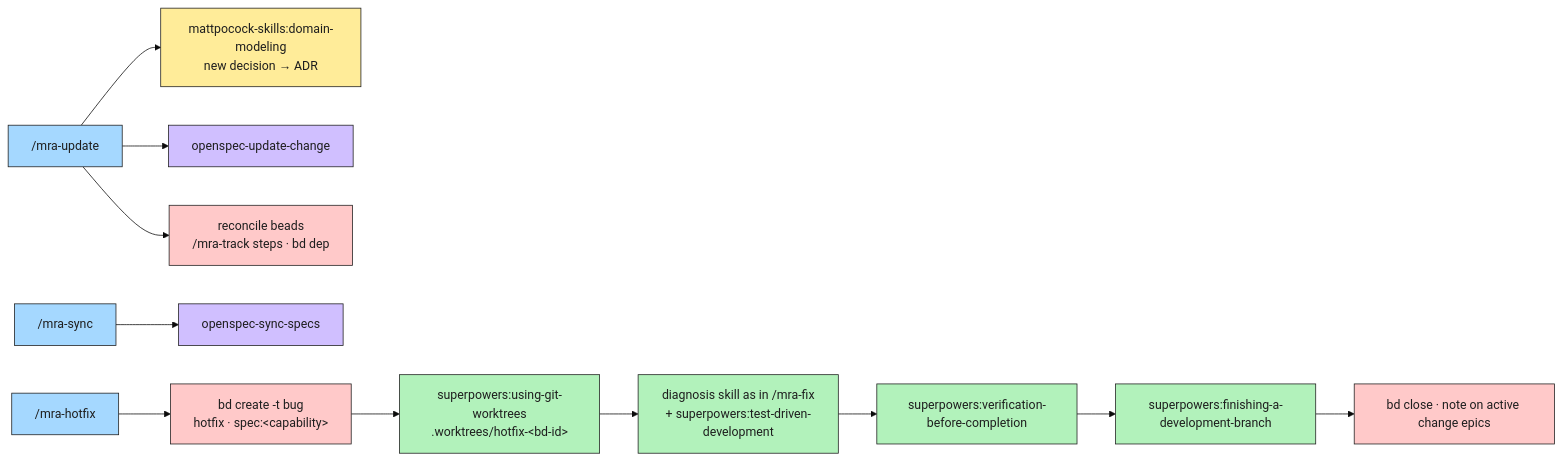
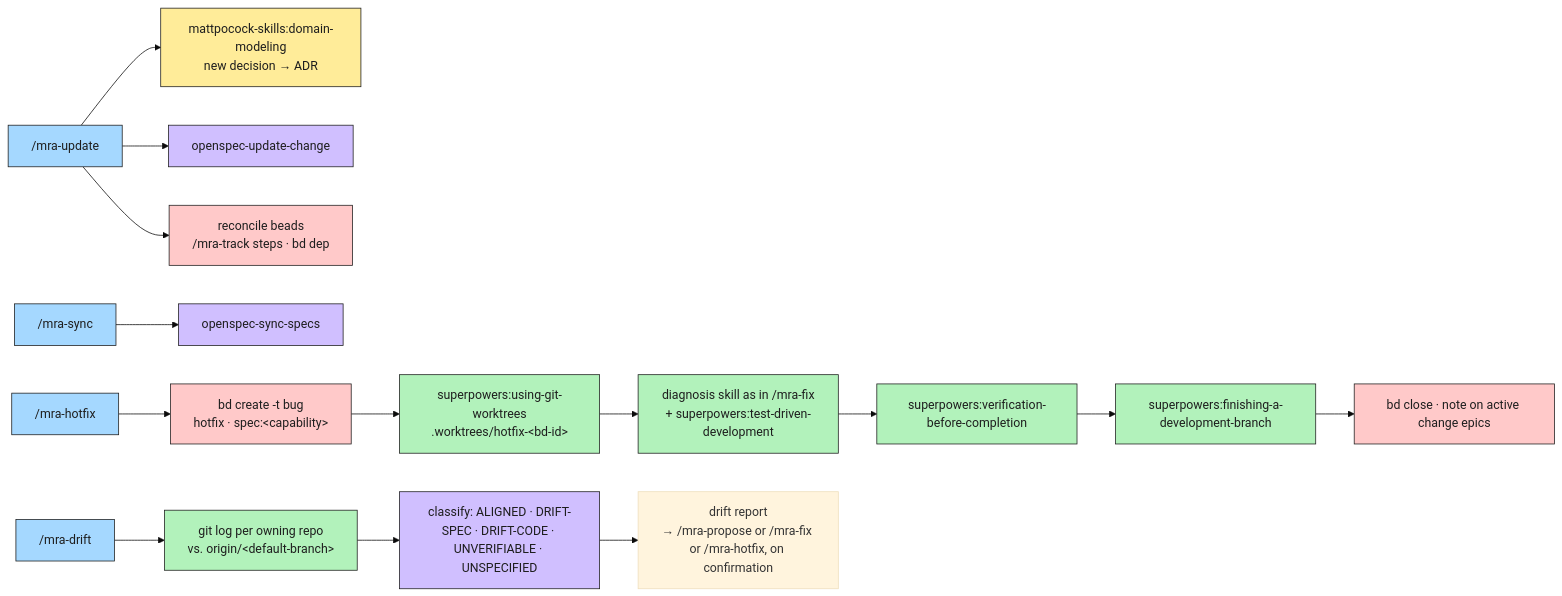
One commit to Ancora-Ancora/mra-flow changed the fourth of 5 diagrams in payload/orchestrator/.mra-flow/docs/mra-flow.md. Above: the diagram before and after it, drawn with Mermaid (base theme). The commit also changed other lines of this file and 4 other files, not shown here.

First line of the commit message:
Add mra-drift: spec-vs-code drift detection, read-only, any time

````diff
--- a/payload/orchestrator/.mra-flow/docs/mra-flow.md
+++ b/payload/orchestrator/.mra-flow/docs/mra-flow.md
@@ -138,19 +142,22 @@
 ```mermaid
 flowchart LR
     classDef phase fill:#a5d8ff,stroke:#1e1e1e,color:#1e1e1e
     classDef sp fill:#b2f2bb,stroke:#1e1e1e,color:#1e1e1e
     classDef mp fill:#ffec99,stroke:#1e1e1e,color:#1e1e1e
     classDef os fill:#d0bfff,stroke:#1e1e1e,color:#1e1e1e
     classDef bd fill:#ffc9c9,stroke:#1e1e1e,color:#1e1e1e
 
     up["/mra-update"]:::phase --> up1["mattpocock-skills:domain-modeling<br/>new decision → ADR"]:::mp
     up --> up2["openspec-update-change"]:::os
     up --> up3["reconcile beads<br/>/mra-track steps · bd dep"]:::bd
     sy["/mra-sync"]:::phase --> sy1["openspec-sync-specs"]:::os
     hf["/mra-hotfix"]:::phase --> hf1["bd create -t bug<br/>hotfix · spec:#lt;capability#gt;"]:::bd
     hf1 --> hf2["superpowers:using-git-worktrees<br/>.worktrees/hotfix-#lt;bd-id#gt;"]:::sp
     hf2 --> hf3["diagnosis skill as in /mra-fix<br/>+ superpowers:test-driven-development"]:::sp
     hf3 --> hf4["superpowers:verification-before-completion"]:::sp
     hf4 --> hf5["superpowers:finishing-a-development-branch"]:::sp
     hf5 --> hf6["bd close · note on active change epics"]:::bd
+    dr["/mra-drift"]:::phase --> dr1["git log per owning repo<br/>vs. origin/#lt;default-branch#gt;"]:::sp
+    dr1 --> dr2["classify: ALIGNED · DRIFT-SPEC · DRIFT-CODE · UNVERIFIABLE · UNSPECIFIED"]:::os
+    dr2 --> drA["drift report<br/>→ /mra-propose or /mra-fix or /mra-hotfix, on confirmation"]
 ```
````
